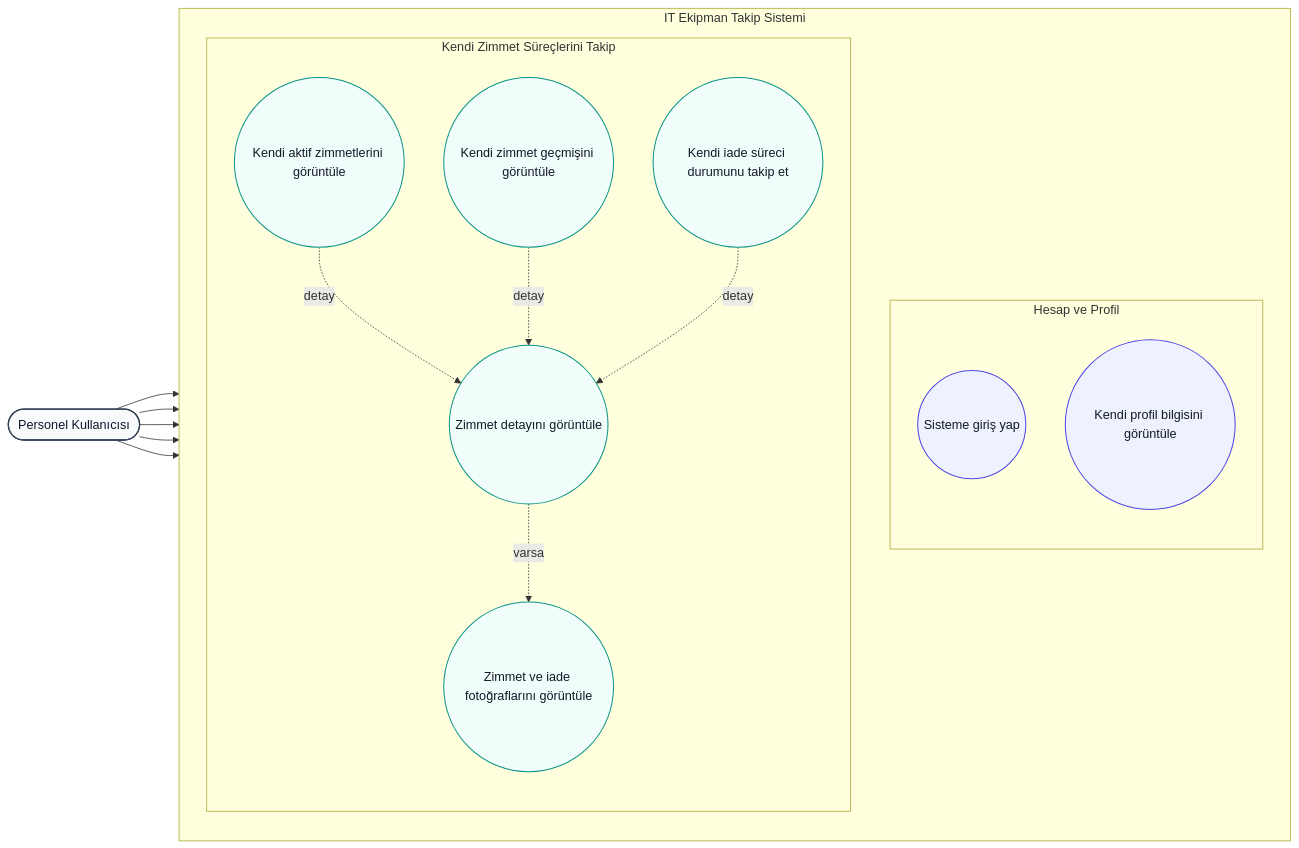
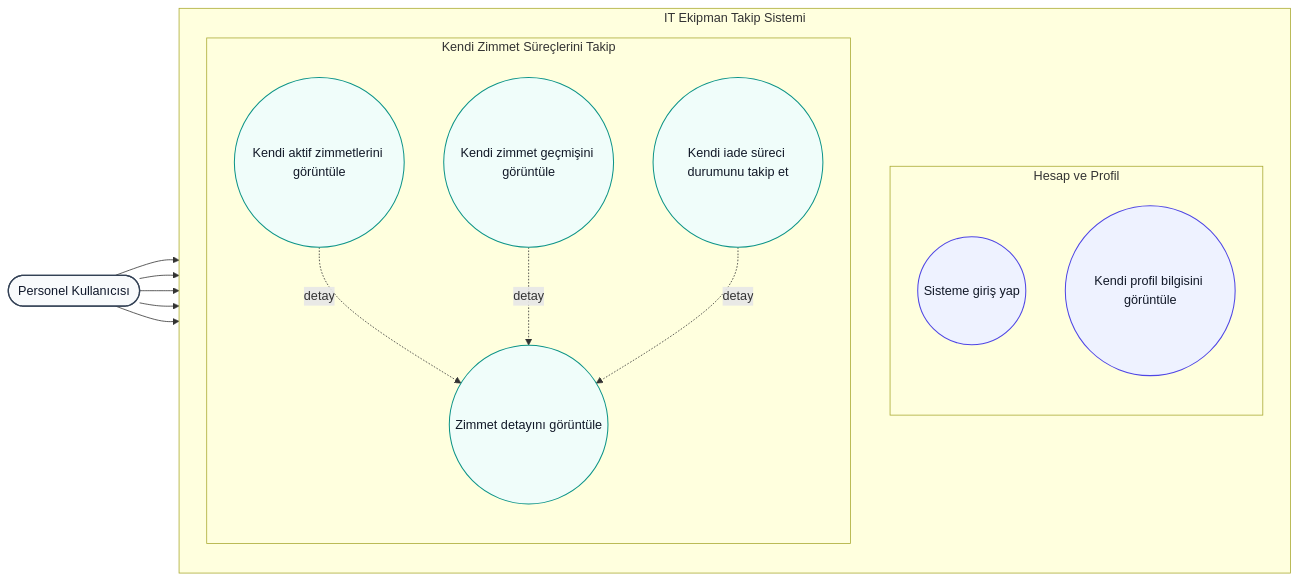
One commit to fatihdmrc/ITEnvanterTakibiMikroservisProjesi changed the diagram in dokümanlar/diyagram kodları/Kullanım Senaryoları/use-case-personel-kullanicisi.mmd. Above: the diagram before and after it, drawn with Mermaid. The commit also changed 80 other files, not shown here.

```diff
--- a/dokümanlar/diyagram kodları/Kullanım Senaryoları/use-case-personel-kullanicisi.mmd
+++ b/dokümanlar/diyagram kodları/Kullanım Senaryoları/use-case-personel-kullanicisi.mmd
@@ -1,42 +1,40 @@
 flowchart LR
     %% Personel Kullanıcısı aktörü için use-case diyagramı
 
     Personel([Personel Kullanıcısı])
 
     subgraph Sistem["IT Ekipman Takip Sistemi"]
         direction TB
 
         subgraph Hesap["Hesap ve Profil"]
             direction TB
             UC_Giris(("Sisteme giriş yap"))
             UC_Profil(("Kendi profil bilgisini görüntüle"))
         end
 
         subgraph ZimmetTakip["Kendi Zimmet Süreçlerini Takip"]
             direction TB
             UC_Aktif(("Kendi aktif zimmetlerini görüntüle"))
             UC_Gecmis(("Kendi zimmet geçmişini görüntüle"))
             UC_IadeDurum(("Kendi iade süreci durumunu takip et"))
             UC_Detay(("Zimmet detayını görüntüle"))
-            UC_Foto(("Zimmet ve iade fotoğraflarını görüntüle"))
         end
     end
 
     Personel --> UC_Giris
     Personel --> UC_Profil
     Personel --> UC_Aktif
     Personel --> UC_Gecmis
     Personel --> UC_IadeDurum
 
     UC_Aktif -. "detay" .-> UC_Detay
     UC_Gecmis -. "detay" .-> UC_Detay
     UC_IadeDurum -. "detay" .-> UC_Detay
-    UC_Detay -. "varsa" .-> UC_Foto
 
     classDef actor fill:#f8fafc,stroke:#334155,stroke-width:1.6px,color:#0f172a;
     classDef account fill:#eef2ff,stroke:#4f46e5,stroke-width:1.3px,color:#111827;
     classDef self fill:#f0fdfa,stroke:#0d9488,stroke-width:1.3px,color:#111827;
 
     class Personel actor;
     class UC_Giris,UC_Profil account;
-    class UC_Aktif,UC_Gecmis,UC_IadeDurum,UC_Detay,UC_Foto self;
+    class UC_Aktif,UC_Gecmis,UC_IadeDurum,UC_Detay self;
```
